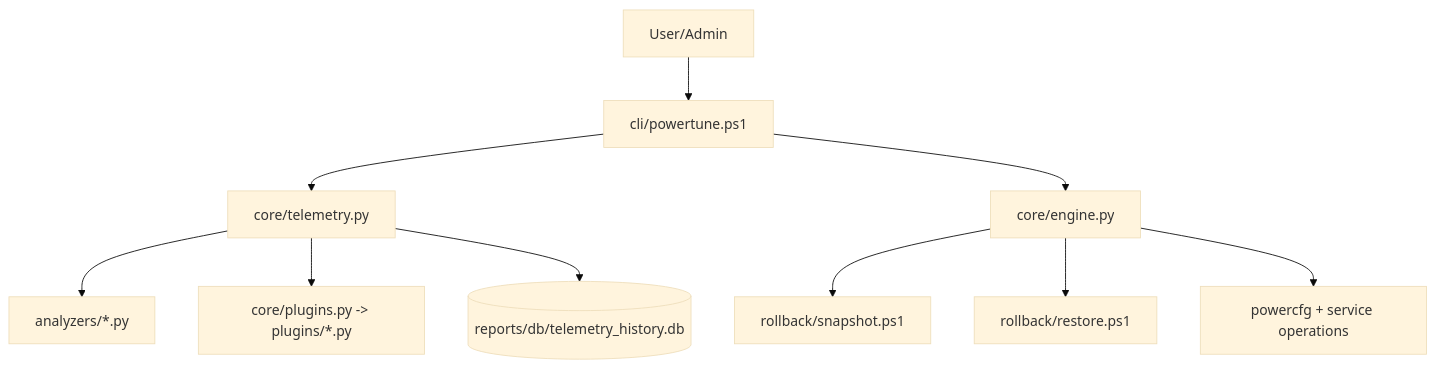
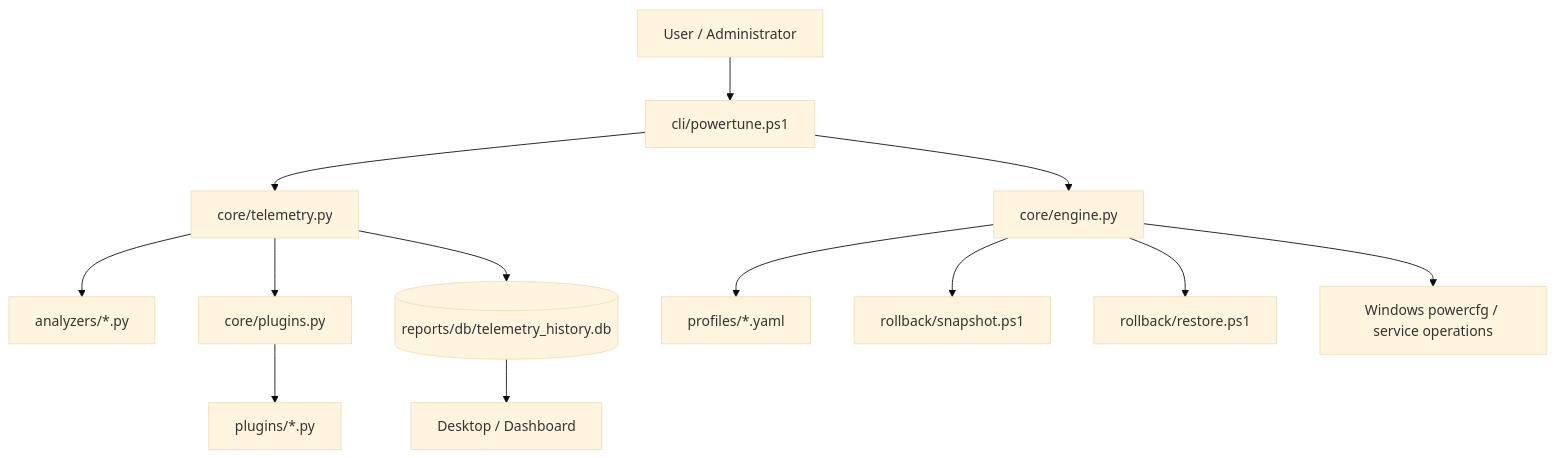
Before and after one commit to Sarvadnya07/powertune: the diagram in README.md, drawn with Mermaid (base theme). The commit also changed other lines of this file and 11 other files, not shown here.

First line of the commit message:
Refactor documentation and architecture overview for PowerTune

````diff
--- a/README.md
+++ b/README.md
@@ -44,12 +101,19 @@
 ```mermaid
 flowchart TD
-  U[User/Admin] --> PS[cli/powertune.ps1]
+  U[User / Administrator] --> PS[cli/powertune.ps1]
+
   PS --> TEL[core/telemetry.py]
   PS --> ENG[core/engine.py]
+
   TEL --> AN[analyzers/*.py]
-  TEL --> PL[core/plugins.py -> plugins/*.py]
+  TEL --> PL[core/plugins.py]
+  PL --> OEM[plugins/*.py]
   TEL --> DB[(reports/db/telemetry_history.db)]
+
+  ENG --> PROF[profiles/*.yaml]
   ENG --> SNAP[rollback/snapshot.ps1]
   ENG --> REST[rollback/restore.ps1]
-  ENG --> SYS[powercfg + service operations]
+  ENG --> SYS[Windows powercfg / service operations]
+
+  DB --> DASH[Desktop / Dashboard]
 ```
````
